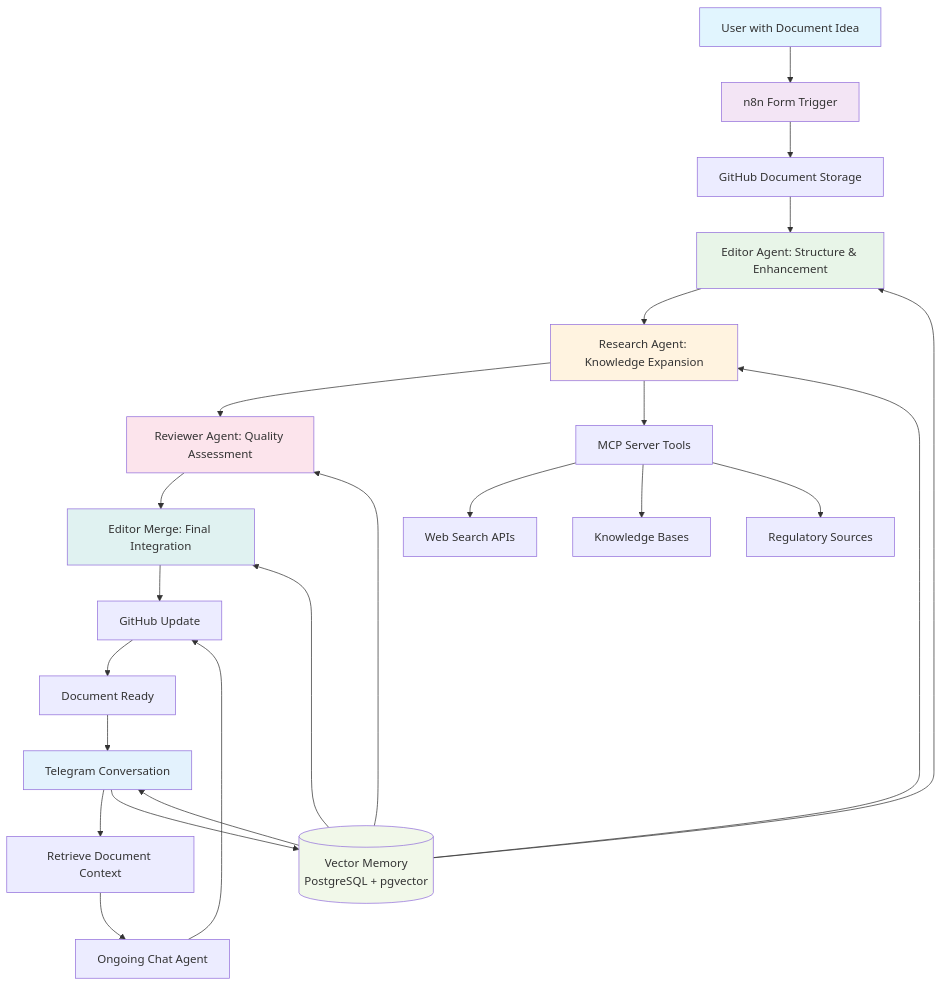
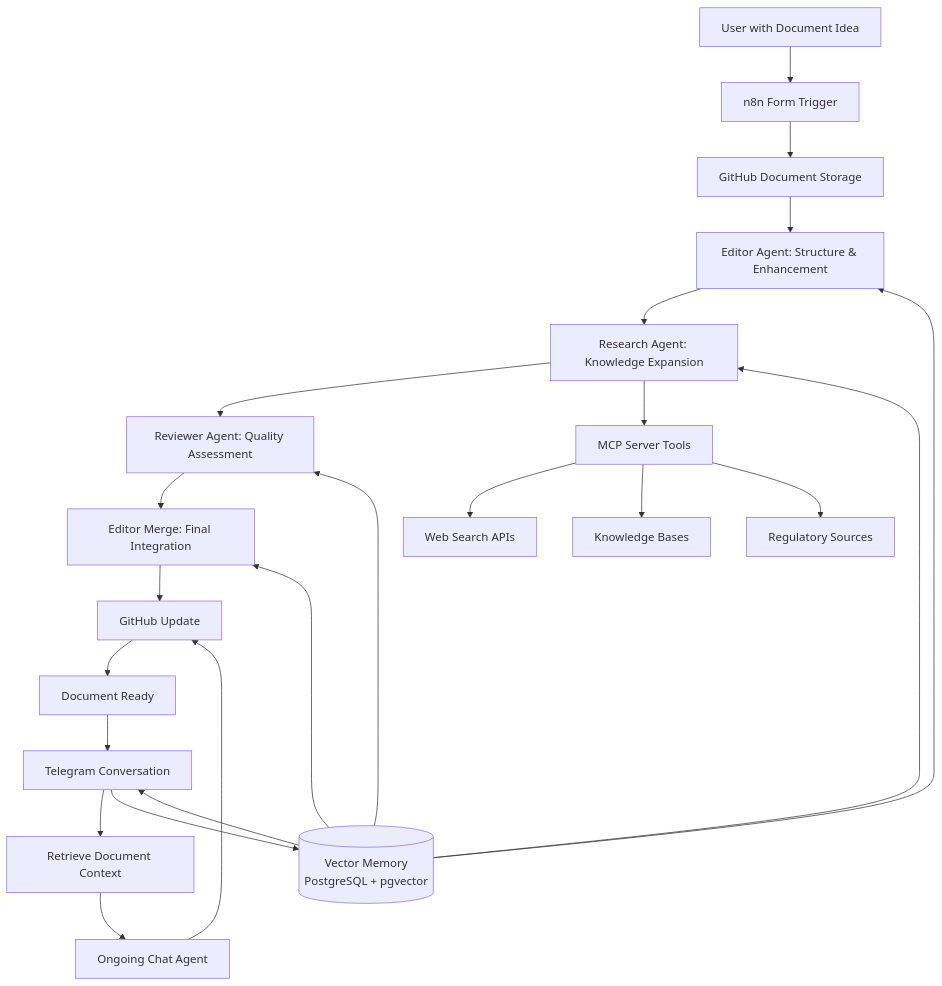
One commit to Capp3/n8n-research-bug changed the first of 3 diagrams in projectbrief.md. Above: the diagram before and after it, drawn with Mermaid. The commit also changed 7 other files, not shown here.

````diff
--- a/projectbrief.md
+++ b/projectbrief.md
@@ -20,45 +20,36 @@
 ```mermaid
 graph TD
     %% Initial Submission Flow
     User[User with Document Idea] --> Form[n8n Form Trigger]
     Form --> Storage[GitHub Document Storage]
     
     %% Multi-Agent Processing Pipeline
     Storage --> Editor[Editor Agent: Structure & Enhancement]
     Editor --> Research[Research Agent: Knowledge Expansion]
     Research --> Reviewer[Reviewer Agent: Quality Assessment]
     Reviewer --> Merge[Editor Merge: Final Integration]
     
     %% Research Tools Integration
     Research --> MCP[MCP Server Tools]
     MCP --> WebSearch[Web Search APIs]
     MCP --> Knowledge[Knowledge Bases]
     MCP --> Regulatory[Regulatory Sources]
     
     %% Conversation Memory
     Memory[(Vector Memory<br/>PostgreSQL + pgvector)] --> Editor
     Memory --> Research
     Memory --> Reviewer
     Memory --> Merge
     Memory --> Chat
     
     %% Ongoing Conversation
     Merge --> GitHub[GitHub Update]
     GitHub --> Ready[Document Ready]
     Ready --> Chat[Telegram Conversation]
     Chat --> Context[Retrieve Document Context]
     Context --> OngoingAgent[Ongoing Chat Agent]
     OngoingAgent --> GitHub
     
     %% Feedback Loop
     Chat --> Memory
-    
-    style User fill:#e1f5fe
-    style Form fill:#f3e5f5
-    style Editor fill:#e8f5e8
-    style Research fill:#fff3e0
-    style Reviewer fill:#fce4ec
-    style Merge fill:#e0f2f1
-    style Memory fill:#f1f8e9
-    style Chat fill:#e3f2fd
 ```
````
